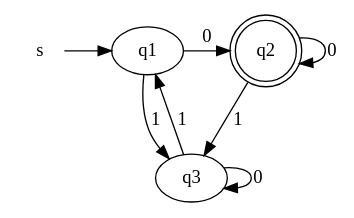
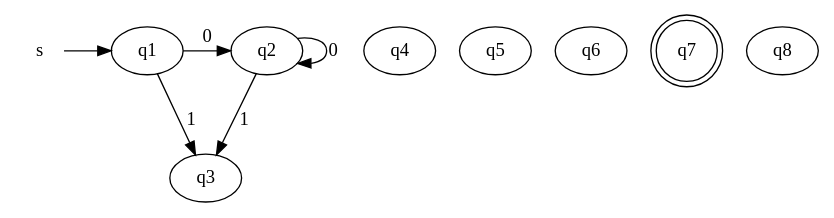
Before and after one commit to poetryfactory/automata: the diagram in build/DFA.dot, drawn with Graphviz. The commit also changed 25 other files, not shown here.

```diff
--- a/build/DFA.dot
+++ b/build/DFA.dot
@@ -1,21 +1,22 @@
 digraph graphDFA{ 
 s[shape=circle, color=white];
 q1;
 {rank="same";s;q1}
 s->q1[label = "\n"];
 q2;
 {rank="same";q1;q2 }
 q1->q2[label = "0"];
 q3;
 q1->q3[label="1"];
-q2[shape="doublecircle"];
+q2;
 q2;
 q2->q2[label = "0"];
 q3;
-q2->q3[label = "1"];
+q2->q3[label="1"];
 q3;
-q3;
-q3->q3[label = "0"];
-q1;
-q3->q1[label="1"];
+q4;
+q5;
+q6;
+q7[shape="doublecircle"];
+q8;
 }
```
